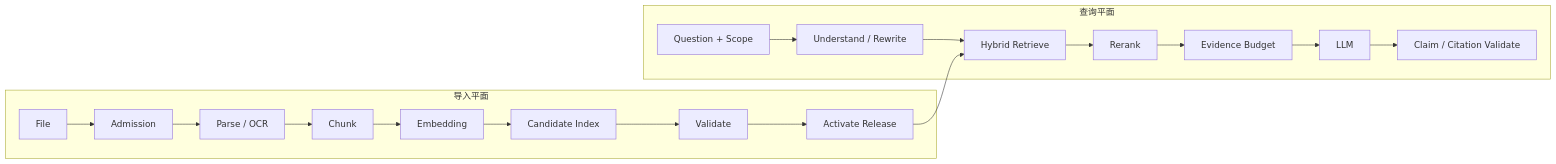
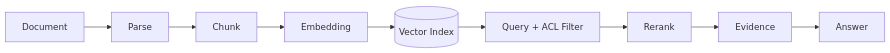
One commit to upJiang/jiang-blog-vitepress changed the diagram in docs/devops/rag-infrastructure.md. Above: the diagram before and after it, drawn with Mermaid. The commit also changed other lines of this file and 190 other files, not shown here.

````diff
--- a/docs/devops/rag-infrastructure.md
+++ b/docs/devops/rag-infrastructure.md
@@ -41,21 +31,10 @@
 ```mermaid
 flowchart LR
-  subgraph Ingestion[导入平面]
-    F[File] --> A[Admission]
-    A --> P[Parse / OCR]
-    P --> C[Chunk]
-    C --> E[Embedding]
-    E --> I[Candidate Index]
-    I --> V[Validate]
-    V --> R[Activate Release]
-  end
-  subgraph Query[查询平面]
-    Q[Question + Scope] --> U[Understand / Rewrite]
-    U --> H[Hybrid Retrieve]
-    H --> X[Rerank]
-    X --> B[Evidence Budget]
-    B --> L[LLM]
-    L --> Z[Claim / Citation Validate]
-  end
-  R --> H
+  D[Document] --> P[Parse] --> C[Chunk]
+  C --> E[Embedding]
+  E --> V[(Vector Index)]
+  V --> Q[Query + ACL Filter]
+  Q --> R[Rerank]
+  R --> X[Evidence]
+  X --> A[Answer]
 ```
````
